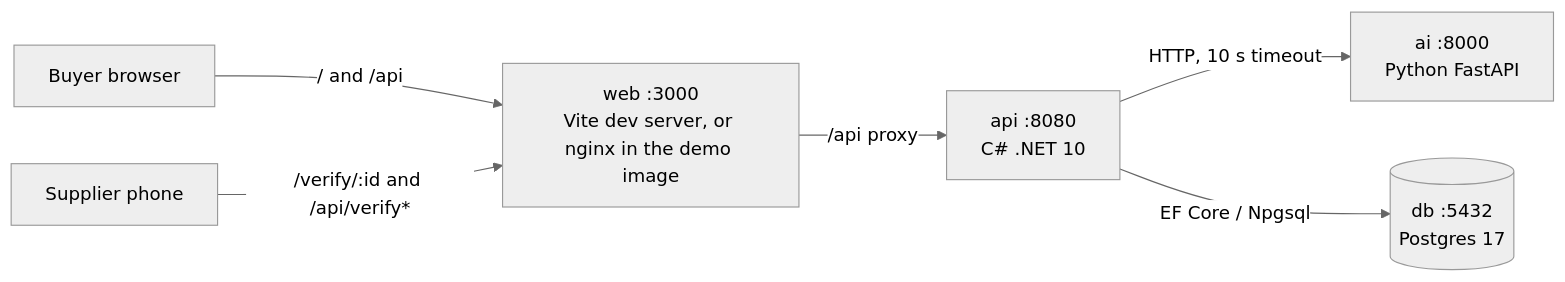
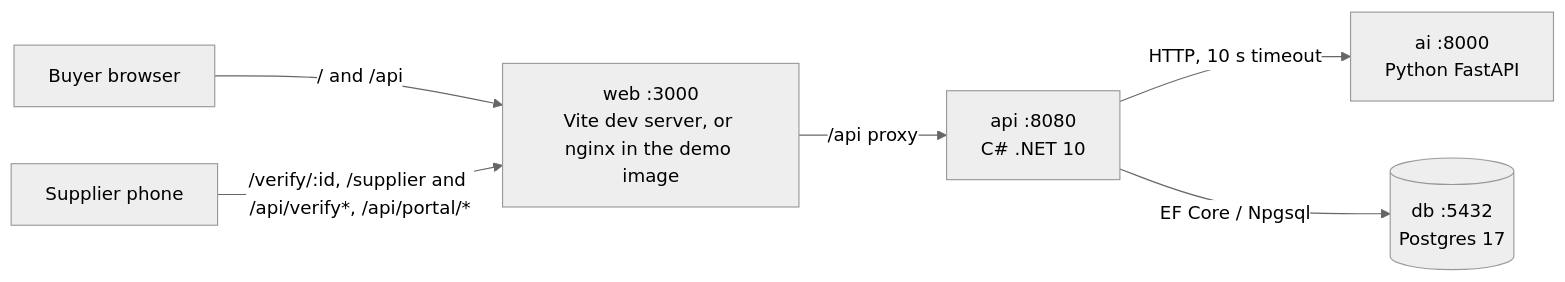
The first of 2 diagrams in docs/ARCHITECTURE.md (tudor-n/tracegreen), drawn with Mermaid (neutral theme) before and after one commit. The commit also changed other lines of this file and 76 other files, not shown here.

````diff
--- a/docs/ARCHITECTURE.md
+++ b/docs/ARCHITECTURE.md
@@ -7,8 +7,8 @@
 ```mermaid
 flowchart LR
   B[Buyer browser] -- "/ and /api" --> W
-  P[Supplier phone] -- "/verify/:id and /api/verify*" --> W
+  P[Supplier phone] -- "/verify/:id, /supplier and /api/verify*, /api/portal/*" --> W
   W["web :3000<br/>Vite dev server, or nginx in the demo image"] -- "/api proxy" --> A["api :8080<br/>C# .NET 10"]
   A -- "HTTP, 10 s timeout" --> I["ai :8000<br/>Python FastAPI"]
   A -- "EF Core / Npgsql" --> D[("db :5432<br/>Postgres 17")]
 ```
````
